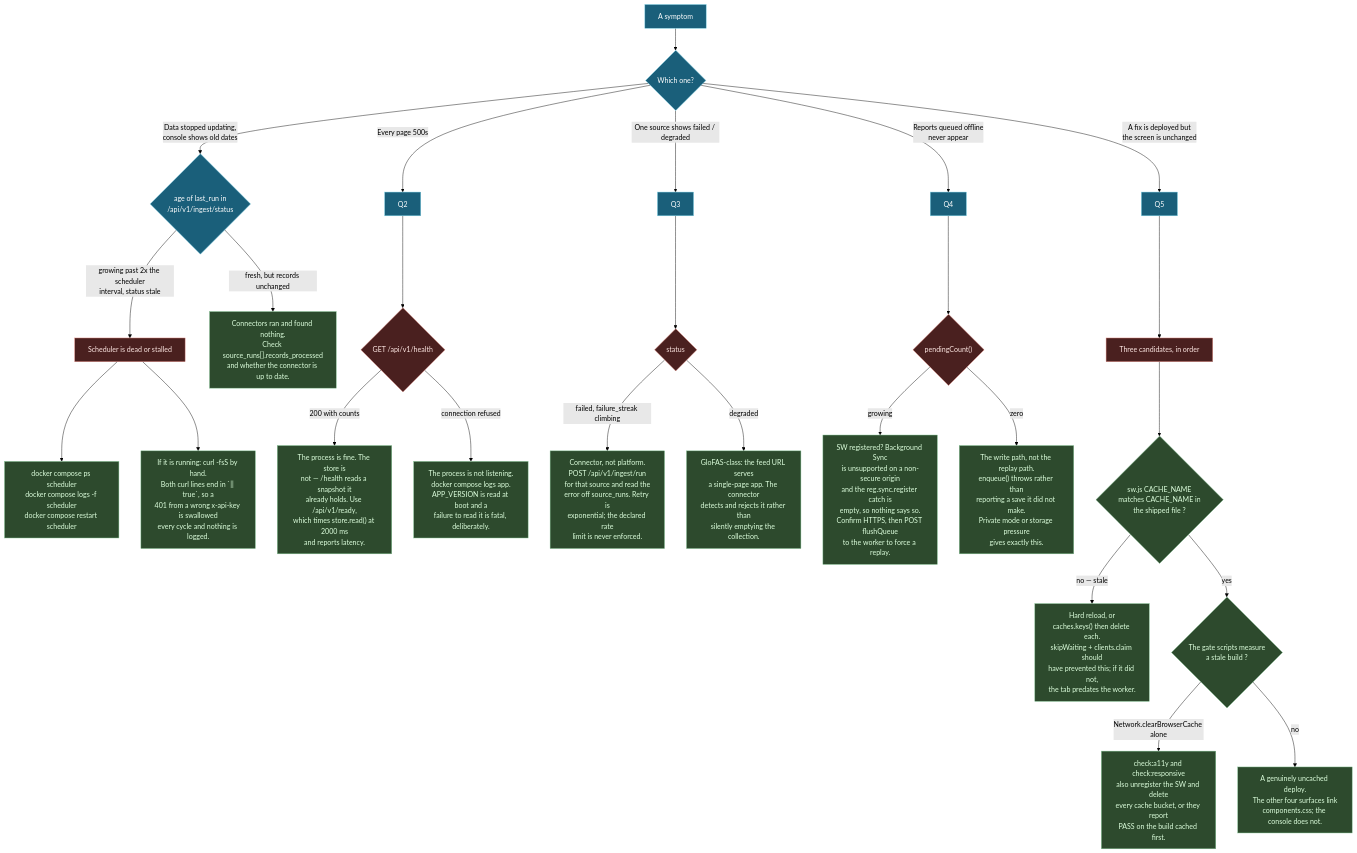
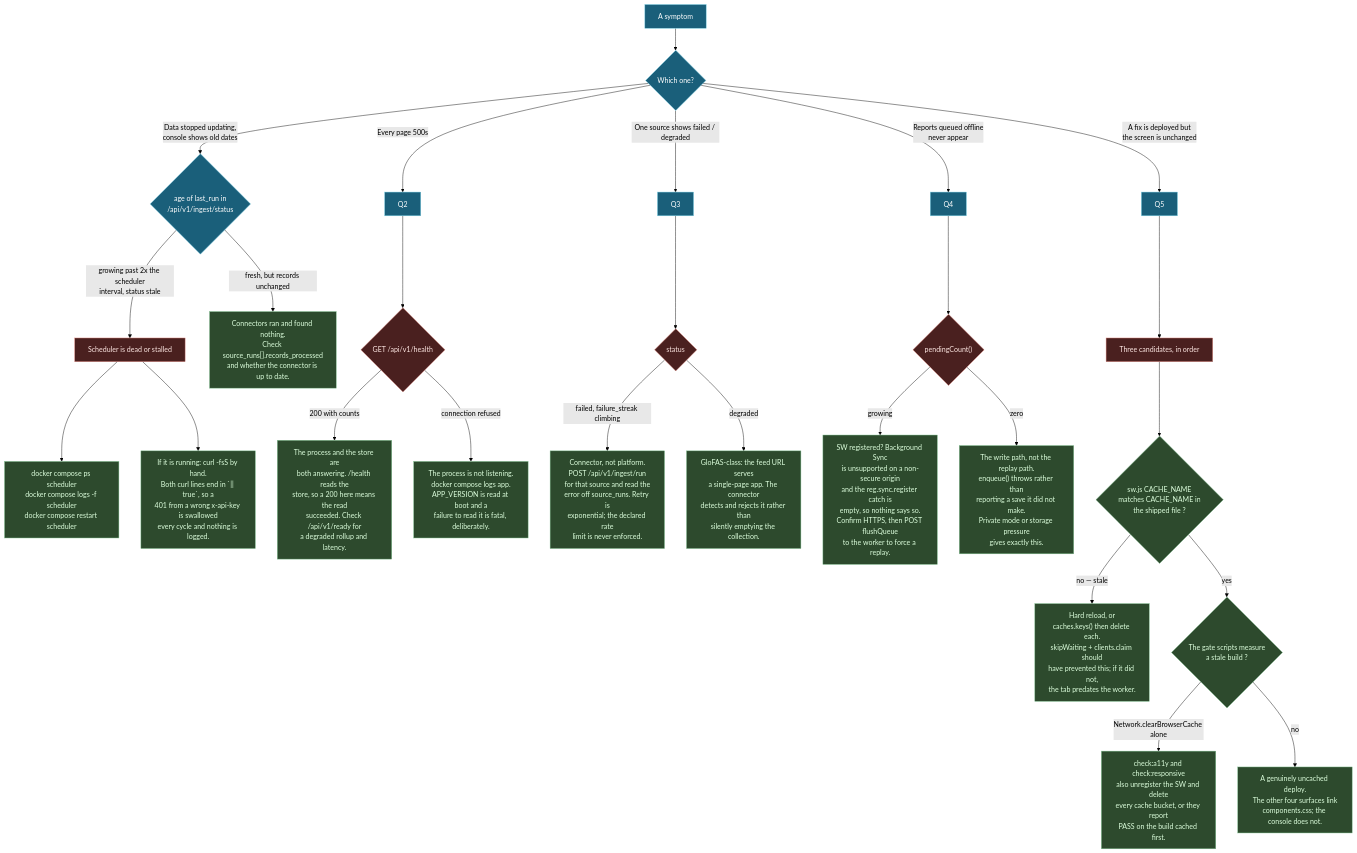
One commit to nyimbi/lindela-lite changed the third of 3 diagrams in docs/architecture/deployment.md. Above: the diagram before and after it, drawn with Mermaid (forest theme). The commit also changed other lines of this file and 4 other files, not shown here.

````diff
--- a/docs/architecture/deployment.md
+++ b/docs/architecture/deployment.md
@@ -463,42 +488,42 @@
 ```mermaid
 flowchart TD
   S["A symptom"] --> Q0{"Which one?"}
 
   Q0 -->|"Data stopped updating,<br/>console shows old dates"| Q1{"age of last_run in<br/>/api/v1/ingest/status"}
   Q0 -->|"Every page 500s"| Q2
   Q0 -->|"One source shows failed / degraded"| Q3
   Q0 -->|"Reports queued offline<br/>never appear"| Q4
   Q0 -->|"A fix is deployed but<br/>the screen is unchanged"| Q5
 
   Q1 -->|"growing past 2x the scheduler<br/>interval, status stale"| A1["Scheduler is dead or stalled"]
   Q1 -->|"fresh, but records unchanged"| A1b["Connectors ran and found nothing.<br/>Check source_runs[].records_processed<br/>and whether the connector is up to date."]
 
   A1 --> F1["docker compose ps scheduler<br/>docker compose logs -f scheduler<br/>docker compose restart scheduler"]
   A1 --> F2["If it is running: curl -fsS by hand.<br/>Both curl lines end in `|| true`, so a<br/>401 from a wrong x-api-key is swallowed<br/>every cycle and nothing is logged."]
 
   Q2 --> A2{"GET /api/v1/health"}
-  A2 -->|"200 with counts"| A2b["The process is fine. The store is<br/>not — /health reads a snapshot it<br/>already holds. Use /api/v1/ready,<br/>which times store.read() at 2000 ms<br/>and reports latency."]
+  A2 -->|"200 with counts"| A2b["The process and the store are<br/>both answering. /health reads the<br/>store, so a 200 here means the read<br/>succeeded. Check /api/v1/ready for<br/>a degraded rollup and latency."]
   A2 -->|"connection refused"| A2c["The process is not listening.<br/>docker compose logs app.<br/>APP_VERSION is read at boot and a<br/>failure to read it is fatal, deliberately."]
 
   Q3 --> A3{"status"}
   A3 -->|"failed, failure_streak climbing"| A3b["Connector, not platform.<br/>POST /api/v1/ingest/run<br/>for that source and read the<br/>error off source_runs. Retry is<br/>exponential; the declared rate<br/>limit is never enforced."]
   A3 -->|"degraded"| A3c["GloFAS-class: the feed URL serves<br/>a single-page app. The connector<br/>detects and rejects it rather than<br/>silently emptying the collection."]
 
   Q4 --> A4{"pendingCount()"}
   A4 -->|"growing"| A4b["SW registered? Background Sync<br/>is unsupported on a non-secure origin<br/>and the reg.sync.register catch is<br/>empty, so nothing says so.<br/>Confirm HTTPS, then POST flushQueue<br/>to the worker to force a replay."]
   A4 -->|"zero"| A4c["The write path, not the replay path.<br/>enqueue() throws rather than<br/>reporting a save it did not make.<br/>Private mode or storage pressure<br/>gives exactly this."]
 
   Q5 --> A5["Three candidates, in order"]
   A5 --> B1{"sw.js CACHE_NAME<br/>matches CACHE_NAME in<br/>the shipped file ?"}
   B1 -->|"no — stale"| B2["Hard reload, or<br/>caches.keys() then delete each.<br/>skipWaiting + clients.claim should<br/>have prevented this; if it did not,<br/>the tab predates the worker."]
   B1 -->|"yes"| B3{"The gate scripts measure<br/>a stale build ?"}
   B3 -->|"Network.clearBrowserCache alone"| B4["check:a11y and check:responsive<br/>also unregister the SW and delete<br/>every cache bucket, or they report<br/>PASS on the build cached first."]
   B3 -->|"no"| B5["A genuinely uncached deploy.<br/>The other four surfaces link<br/>components.css; the console does not."]
 
   classDef dead fill:#4a201f,stroke:#e08a80,color:#ffe8e4
   classDef fix fill:#2d4a2d,stroke:#7fbf8f,color:#dfd
   classDef mid fill:#1a5f7a,stroke:#7fd4e8,color:#fff
   class Q0,Q1,Q2,Q3,Q4,Q5,S mid
   class A1,A2,A3,A4,A5 dead
   class F1,F2,A1b,A2b,A2c,A3b,A3c,A4b,A4c,B1,B2,B3,B4,B5 fix
 ```
````
